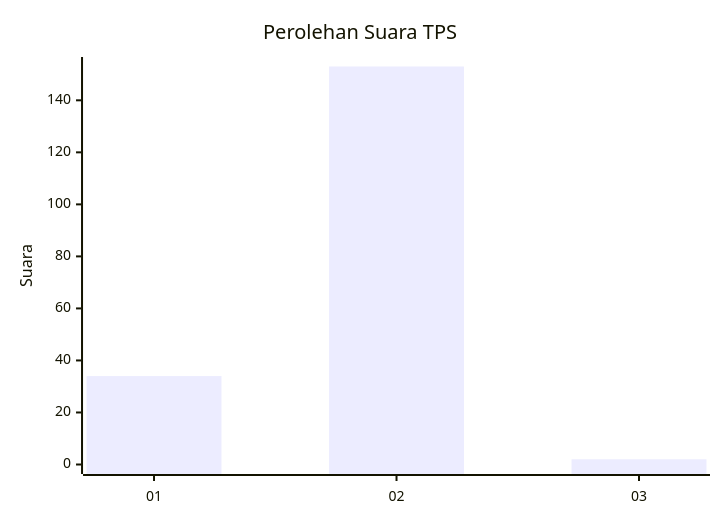
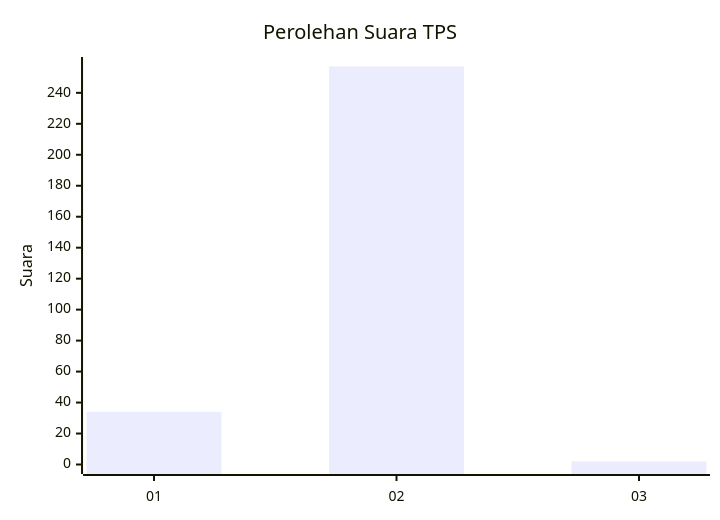
One commit to gigit-pemilu/pemilu-2024-52-nusa-tenggara-barat changed the first of 2 diagrams in pilpres/hitung-suara/sub/52-nusa-tenggara-barat/sub/01-lombok-barat/sub/15-kuripan/sub/2004-kuripan-selatan/sub/013-tps/README.md. Above: the diagram before and after it, drawn with Mermaid. The commit also changed other lines of this file and 143 other files, not shown here.

````diff
--- a/pilpres/hitung-suara/sub/52-nusa-tenggara-barat/sub/01-lombok-barat/sub/15-kuripan/sub/2004-kuripan-selatan/sub/013-tps/README.md
+++ b/pilpres/hitung-suara/sub/52-nusa-tenggara-barat/sub/01-lombok-barat/sub/15-kuripan/sub/2004-kuripan-selatan/sub/013-tps/README.md
@@ -5,7 +5,7 @@
 ```mermaid
 xychart-beta
     title "Perolehan Suara TPS"
     x-axis [01, 02, 03]
-    y-axis "Suara" 0 --> 153
-    bar [34, 153, 2]
+    y-axis "Suara" 0 --> 257
+    bar [34, 257, 2]
 ```
````
